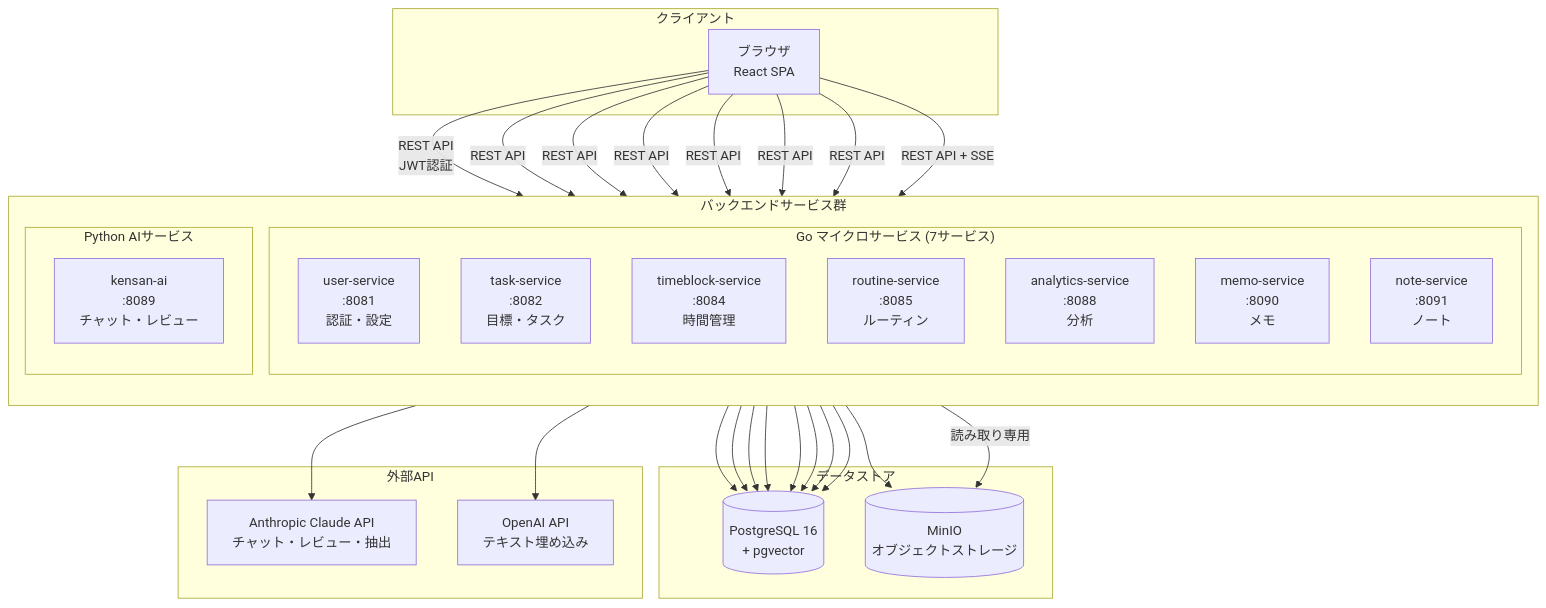
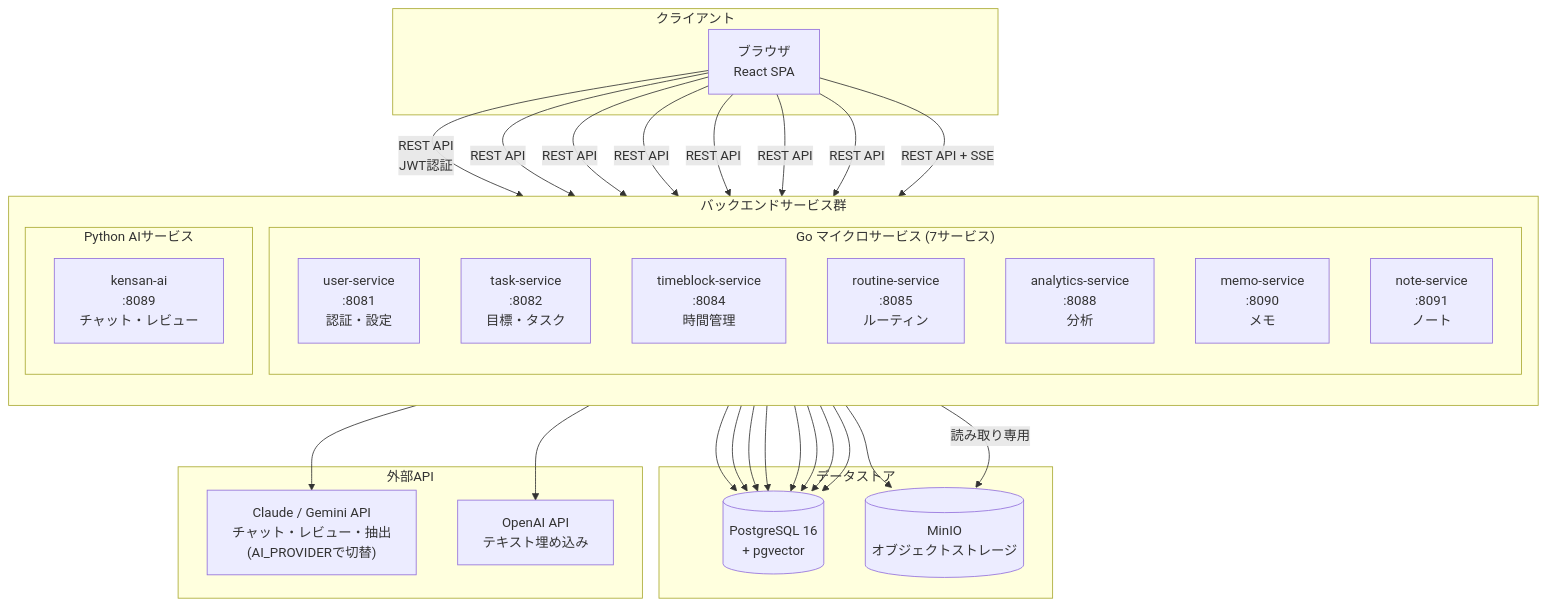
Before and after one commit to yu-min3/kensan: the first of 12 diagrams in ARCHITECTURE.md, drawn with Mermaid. The commit also changed other lines of this file and 60 other files, not shown here.

````diff
--- a/ARCHITECTURE.md
+++ b/ARCHITECTURE.md
@@ -28,55 +28,55 @@
 ```mermaid
 graph TB
     subgraph "クライアント"
         Browser["ブラウザ<br/>React SPA"]
     end
 
     subgraph "バックエンドサービス群"
         direction TB
         subgraph "Go マイクロサービス (7サービス)"
             US["user-service<br/>:8081<br/>認証・設定"]
             TS["task-service<br/>:8082<br/>目標・タスク"]
             TBS["timeblock-service<br/>:8084<br/>時間管理"]
             RS["routine-service<br/>:8085<br/>ルーティン"]
             AS["analytics-service<br/>:8088<br/>分析"]
             MS["memo-service<br/>:8090<br/>メモ"]
             NS["note-service<br/>:8091<br/>ノート"]
         end
 
         subgraph "Python AIサービス"
             AI["kensan-ai<br/>:8089<br/>チャット・レビュー"]
         end
     end
 
     subgraph "データストア"
         PG[("PostgreSQL 16<br/>+ pgvector")]
         MinIO[("MinIO<br/>オブジェクトストレージ")]
     end
 
     subgraph "外部API"
-        Claude["Anthropic Claude API<br/>チャット・レビュー・抽出"]
+        Claude["Claude / Gemini API<br/>チャット・レビュー・抽出<br/>(AI_PROVIDERで切替)"]
         OpenAI["OpenAI API<br/>テキスト埋め込み"]
     end
 
     Browser -->|"REST API<br/>JWT認証"| US
     Browser -->|"REST API"| TS
     Browser -->|"REST API"| TBS
     Browser -->|"REST API"| RS
     Browser -->|"REST API"| AS
     Browser -->|"REST API"| MS
     Browser -->|"REST API"| NS
     Browser -->|"REST API + SSE"| AI
 
     US --> PG
     TS --> PG
     TBS --> PG
     RS --> PG
     AS --> PG
     MS --> PG
     NS --> PG
     NS --> MinIO
     AI --> PG
     AI -->|読み取り専用| MinIO
     AI --> Claude
     AI --> OpenAI
 ```
````
